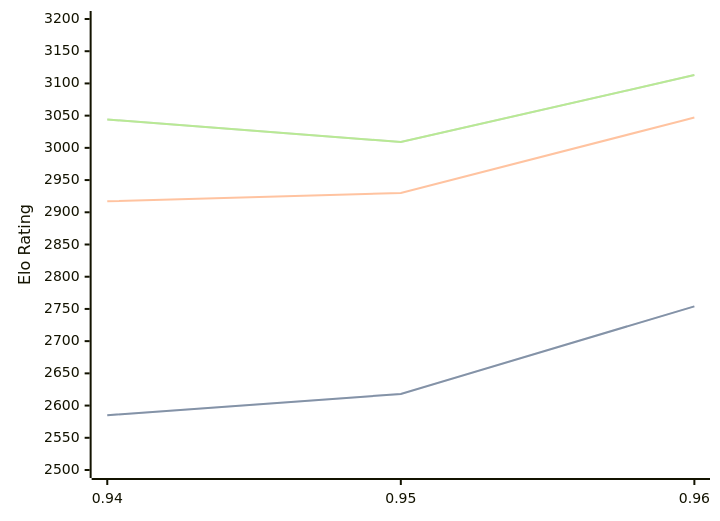
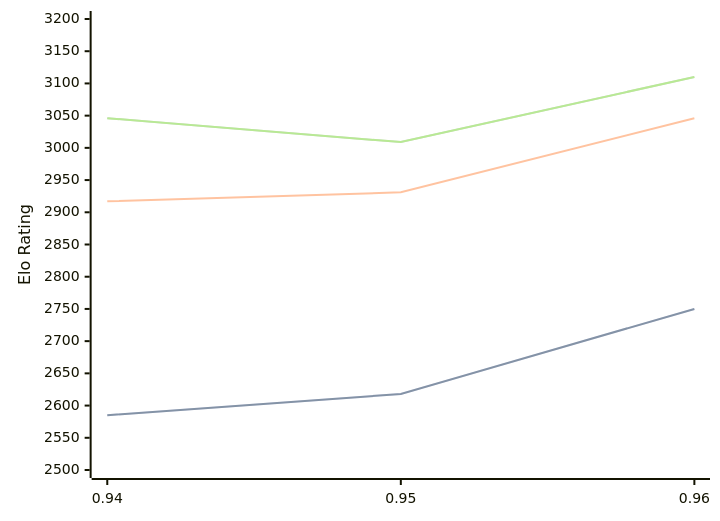
Before and after one commit to computer-chess-index/cci: the first of 3 diagrams in engines/Myrddin.md, drawn with Mermaid. The commit also changed other lines of this file, not shown here.

Commit message:
Update CCI Ratings (ELO VLTC) - 2026-06-23

````diff
--- a/engines/Myrddin.md
+++ b/engines/Myrddin.md
@@ -38,11 +38,11 @@
 ```mermaid
 %%{init: {"theme":"base","themeVariables":{"seriesColors:['#a3a3a3','#222221','#faa371']}}}%%
 xychart-beta
   x-axis ["0.94", "0.95", "0.96"]
   y-axis "Elo Rating" 2500 --> 3200
-  line "STC (8.0+0.08s)" [2585, 2618, 2754]
-  line "STC (8.0+0.08s)" [2585, 2618, 2754]
-  line "LTC (60.0+0.60s)" [2917, 2930, 3047]
-  line "VLTC (2m24s+1.12s)" [3044, 3009, 3113]
-  line "VLTC (2m24s+1.12s)" [3044, 3009, 3113]
+  line "STC (8.0+0.08s)" [2585, 2618, 2750]
+  line "STC (8.0+0.08s)" [2585, 2618, 2750]
+  line "LTC (60.0+0.60s)" [2917, 2931, 3046]
+  line "VLTC (2m24s+1.12s)" [3046, 3009, 3110]
+  line "VLTC (2m24s+1.12s)" [3046, 3009, 3110]
 ```
````
